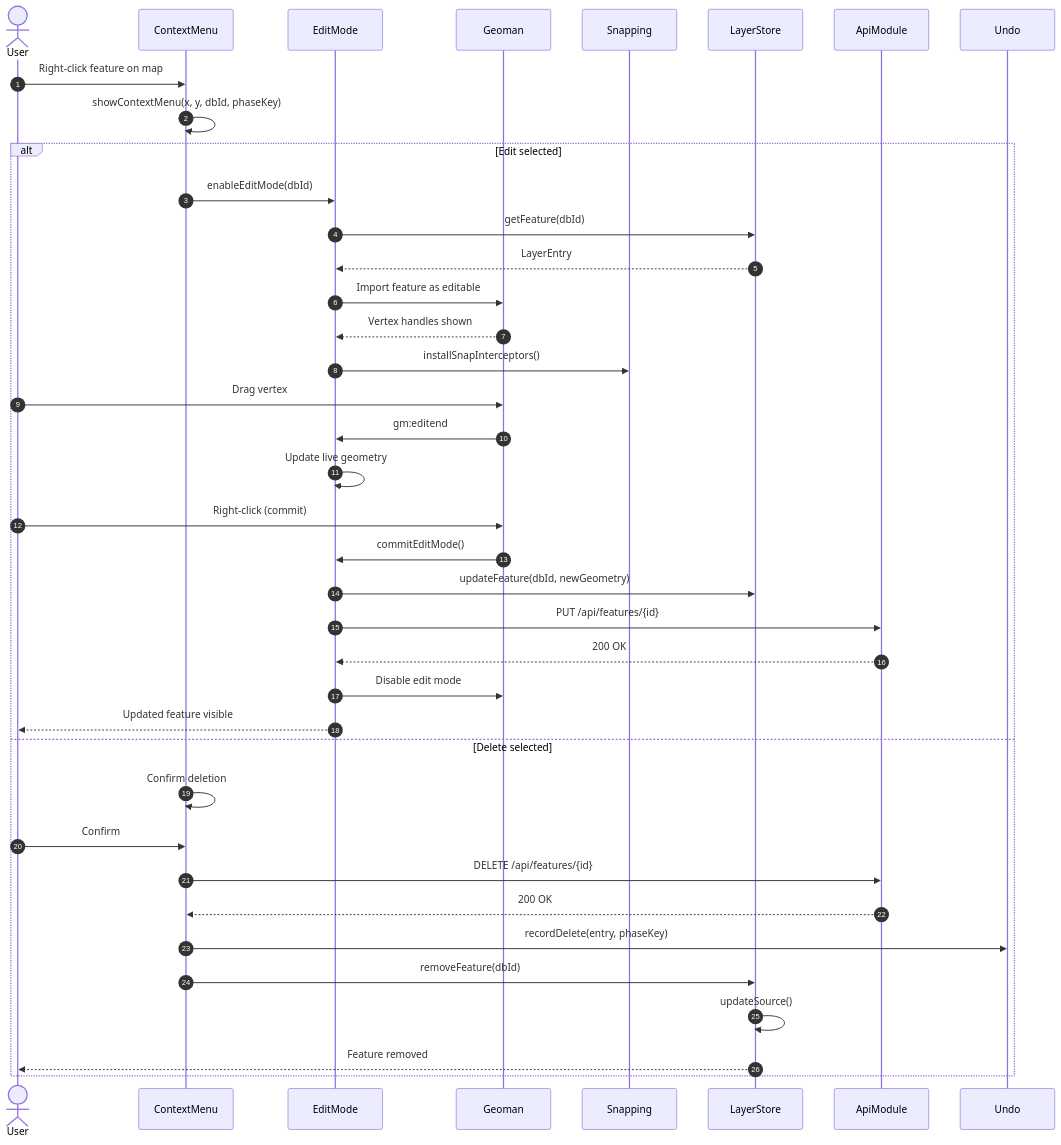
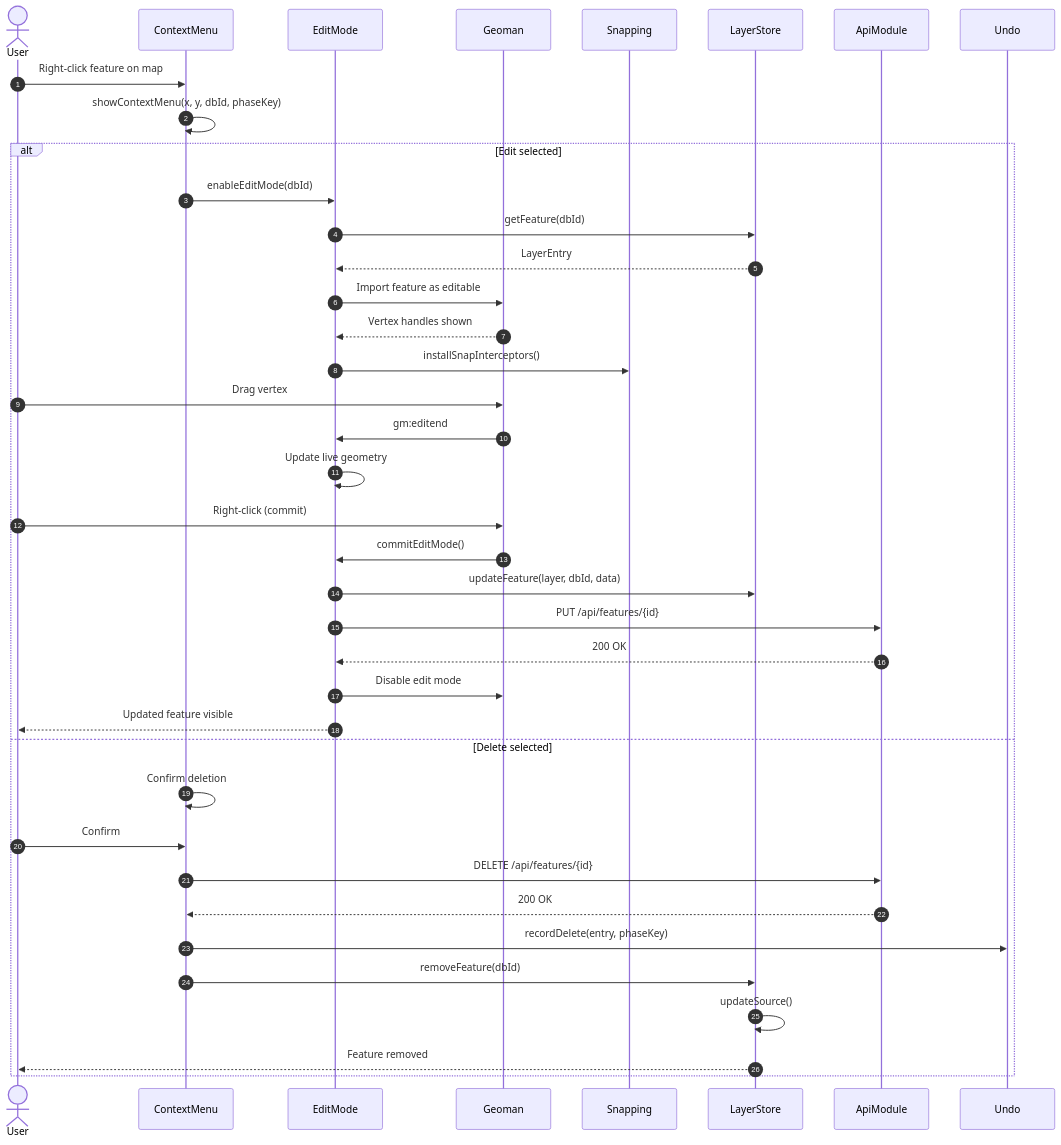
Before and after one commit to Zuhir-Benslama/NARS: the third of 6 diagrams in docs/uml/nars-vite-sequence-diagram.md, drawn with Mermaid. The commit also changed other lines of this file and 42 other files, not shown here.

````diff
--- a/docs/uml/nars-vite-sequence-diagram.md
+++ b/docs/uml/nars-vite-sequence-diagram.md
@@ -143,47 +144,47 @@
 ```mermaid
 sequenceDiagram
     autonumber
     actor User
     participant ContextMenu
     participant EditMode
     participant Geoman
     participant Snapping
     participant LayerStore
     participant ApiModule
     participant Undo
 
     User->>ContextMenu: Right-click feature on map
     ContextMenu->>ContextMenu: showContextMenu(x, y, dbId, phaseKey)
 
     alt Edit selected
         ContextMenu->>EditMode: enableEditMode(dbId)
         EditMode->>LayerStore: getFeature(dbId)
         LayerStore-->>EditMode: LayerEntry
 
         EditMode->>Geoman: Import feature as editable
         Geoman-->>EditMode: Vertex handles shown
         EditMode->>Snapping: installSnapInterceptors()
 
         User->>Geoman: Drag vertex
         Geoman->>EditMode: gm:editend
         EditMode->>EditMode: Update live geometry
 
         User->>Geoman: Right-click (commit)
         Geoman->>EditMode: commitEditMode()
-        EditMode->>LayerStore: updateFeature(dbId, newGeometry)
+        EditMode->>LayerStore: updateFeature(layer, dbId, data)
         EditMode->>ApiModule: PUT /api/features/{id}
         ApiModule-->>EditMode: 200 OK
         EditMode->>Geoman: Disable edit mode
         EditMode-->>User: Updated feature visible
 
     else Delete selected
         ContextMenu->>ContextMenu: Confirm deletion
         User->>ContextMenu: Confirm
         ContextMenu->>ApiModule: DELETE /api/features/{id}
         ApiModule-->>ContextMenu: 200 OK
         ContextMenu->>Undo: recordDelete(entry, phaseKey)
         ContextMenu->>LayerStore: removeFeature(dbId)
         LayerStore->>LayerStore: updateSource()
         LayerStore-->>User: Feature removed
     end
 ```
````
